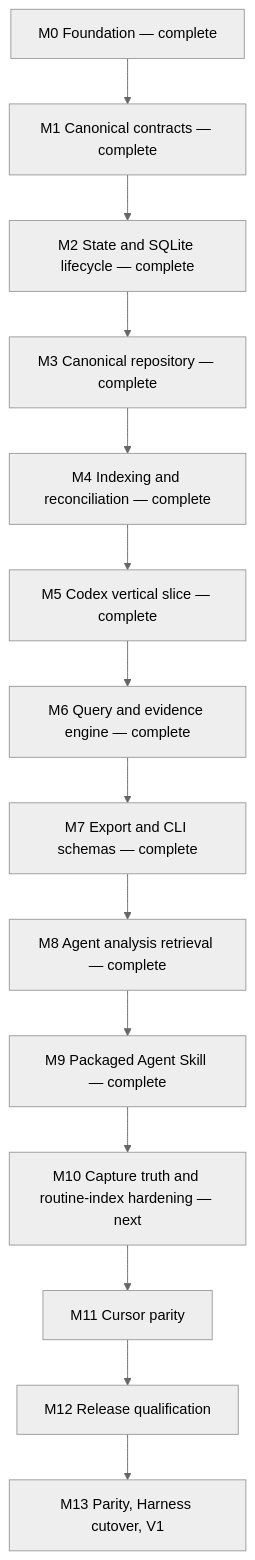
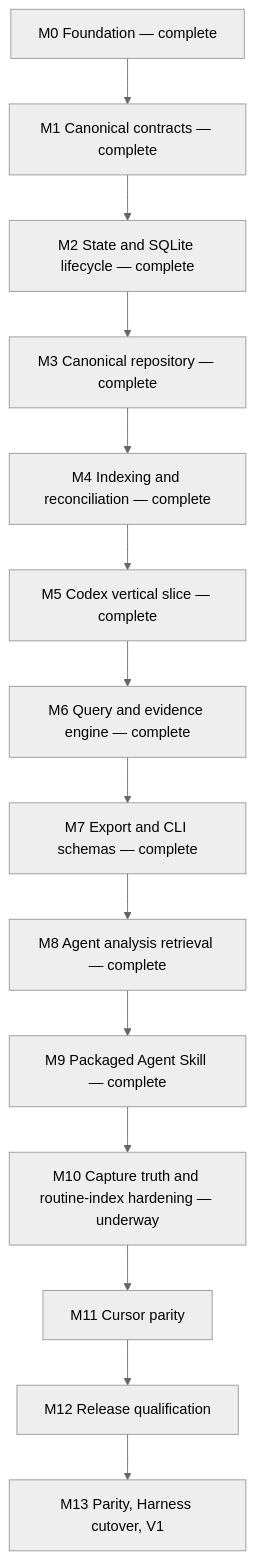
Before and after one commit to ferueda/sessions: the diagram in dev/plans/260713-v1-implementation-roadmap.md, drawn with Mermaid (neutral theme). The commit also changed other lines of this file and 48 other files, not shown here.

````diff
--- a/dev/plans/260713-v1-implementation-roadmap.md
+++ b/dev/plans/260713-v1-implementation-roadmap.md
@@ -191,16 +195,16 @@
 ```mermaid
 flowchart TD
   M0["M0 Foundation — complete"] --> M1["M1 Canonical contracts — complete"]
   M1 --> M2["M2 State and SQLite lifecycle — complete"]
   M2 --> M3["M3 Canonical repository — complete"]
   M3 --> M4["M4 Indexing and reconciliation — complete"]
   M4 --> M5["M5 Codex vertical slice — complete"]
   M5 --> M6["M6 Query and evidence engine — complete"]
   M6 --> M7["M7 Export and CLI schemas — complete"]
   M7 --> M8["M8 Agent analysis retrieval — complete"]
   M8 --> M9["M9 Packaged Agent Skill — complete"]
-  M9 --> M10["M10 Capture truth and routine-index hardening — next"]
+  M9 --> M10["M10 Capture truth and routine-index hardening — underway"]
   M10 --> M11["M11 Cursor parity"]
   M11 --> M12["M12 Release qualification"]
   M12 --> M13["M13 Parity, Harness cutover, V1"]
 ```
````
